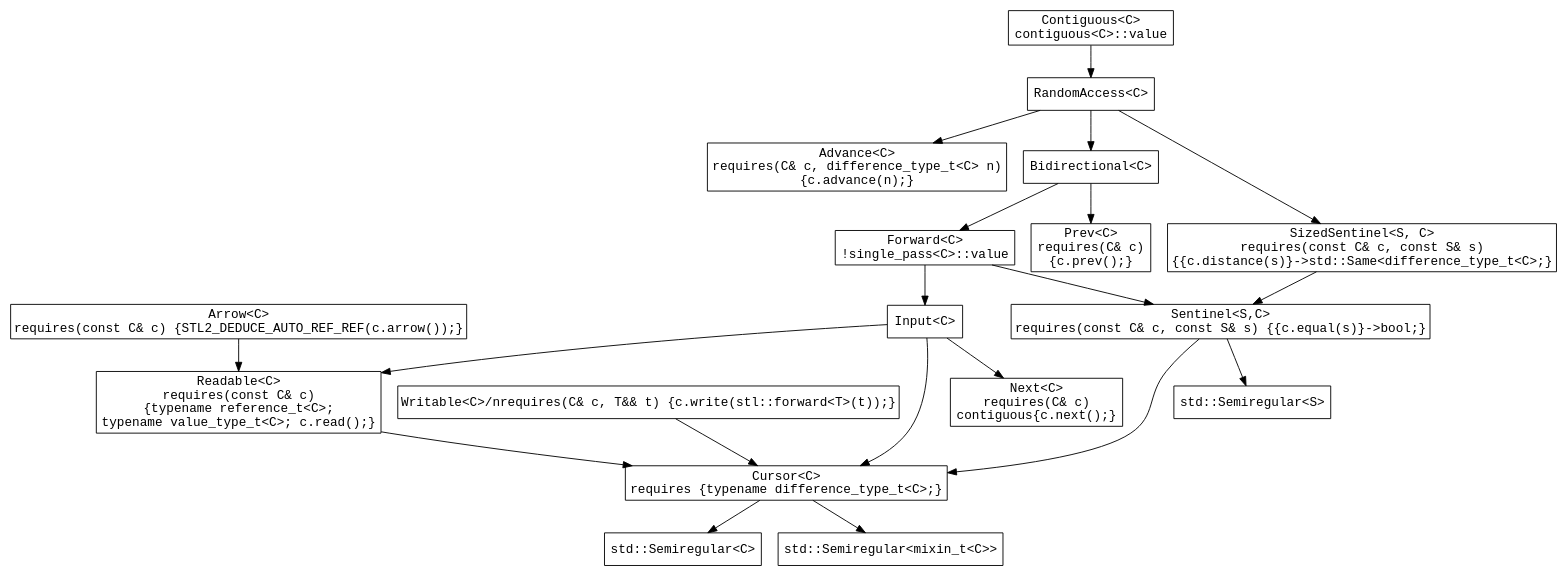
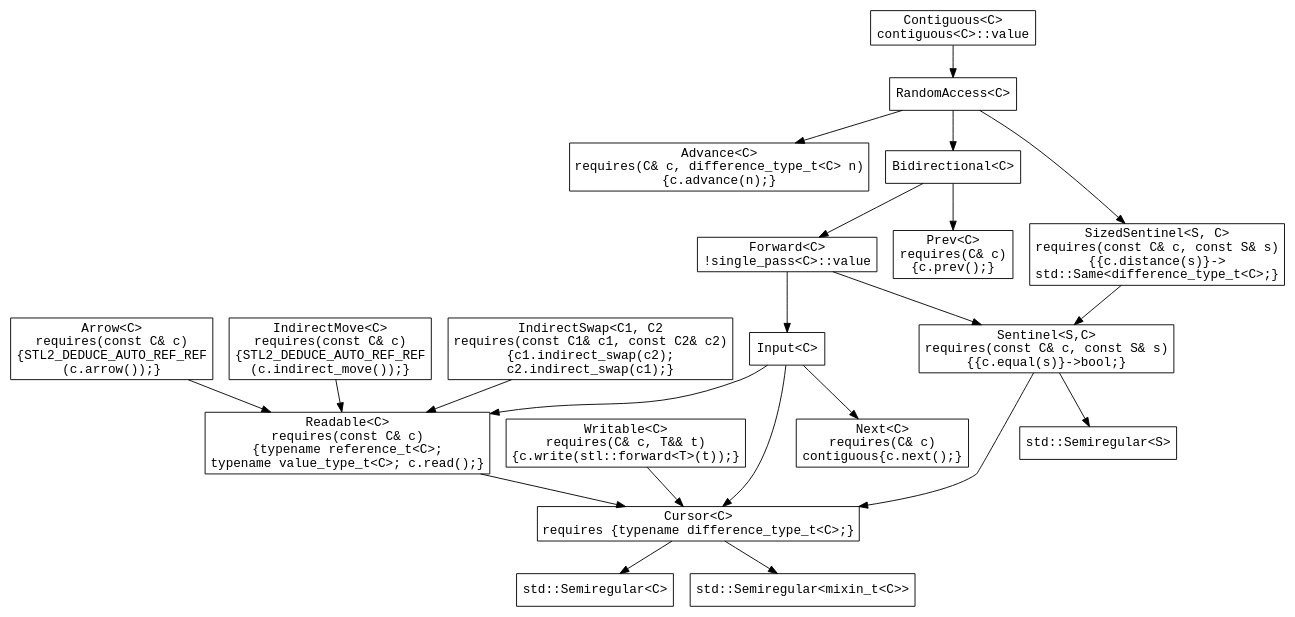
The diagram in cursor-concepts.dot (Beman/iterator-facade-proposal), drawn with Graphviz before and after one commit. The commit also changed 3 other files, not shown here.

```diff
--- a/cursor-concepts.dot
+++ b/cursor-concepts.dot
@@ -1,59 +1,65 @@
 digraph iterator_concepts
 {
   graph [fontname = "courier"];
   node [fontname = "courier"];
   edge [fontname = "courier"];
 
   // Nodes
   
   advance [label="Advance<C>\nrequires(C& c, difference_type_t<C> n)\n{c.advance(n);}" shape=box]
-  arrow [label="Arrow<C>\nrequires(const C& c) {STL2_DEDUCE_AUTO_REF_REF(c.arrow());}" shape=box]
+  arrow [label="Arrow<C>\nrequires(const C& c)\n{STL2_DEDUCE_AUTO_REF_REF\n(c.arrow());}" shape=box]
   contiguous [label="Contiguous<C>\ncontiguous<C>::value" shape=box]
   cursor [label="Cursor<C>\nrequires {typename difference_type_t<C>;}" shape=box]
   bidirectional [label="Bidirectional<C>" shape=box]
   forward [label="Forward<C>\n!single_pass<C>::value" shape=box]
+  indirectmove [label="IndirectMove<C>\nrequires(const C& c)\n{STL2_DEDUCE_AUTO_REF_REF\n(c.indirect_move());}" shape=box]
+  indirectswap [label="IndirectSwap<C1, C2\nrequires(const C1& c1, const C2& c2)\n{c1.indirect_swap(c2);\nc2.indirect_swap(c1);}" shape=box]
   input [label="Input<C>" shape=box]
   next [label="Next<C>\nrequires(C& c)\ncontiguous{c.next();}" shape=box]
   prev [label="Prev<C>\nrequires(C& c)\n{c.prev();}" shape=box]
   randomaccess [label="RandomAccess<C>" shape=box]
   readable [label="Readable<C>\nrequires(const C& c)\n{typename reference_t<C>;\ntypename value_type_t<C>; c.read();}" shape=box]
   semiregular [label="std::Semiregular<C>" shape=box]
   semiregular_mx [label="std::Semiregular<mixin_t<C>>" shape=box]
   semiregular_s [label="std::Semiregular<S>" shape=box]
-  sentinel [label="Sentinel<S,C>\nrequires(const C& c, const S& s) {{c.equal(s)}->bool;}" shape=box]
-  sizedsentinel [label="SizedSentinel<S, C>\nrequires(const C& c, const S& s)\n{{c.distance(s)}->std::Same<difference_type_t<C>;}" shape=box]
-  writable [label="Writable<C>/nrequires(C& c, T&& t) {c.write(stl::forward<T>(t));}" shape=box]
+  sentinel [label="Sentinel<S,C>\nrequires(const C& c, const S& s)\n{{c.equal(s)}->bool;}" shape=box]
+  sizedsentinel [label="SizedSentinel<S, C>\nrequires(const C& c, const S& s)\n{{c.distance(s)}->\nstd::Same<difference_type_t<C>;}" shape=box]
+  writable [label="Writable<C>\nrequires(C& c, T&& t)\n{c.write(stl::forward<T>(t));}" shape=box]
    
   // Edges
   
   cursor -> semiregular;
   cursor -> semiregular_mx;
 
   readable -> cursor;
 
   writable -> cursor;
 
   arrow -> readable;
 
   sentinel -> cursor;
   sentinel -> semiregular_s;
   
   sizedsentinel -> sentinel;
   
   input -> cursor;
   input -> readable;
   input -> next;
   
   forward -> input;
   forward -> sentinel;
   
   bidirectional -> forward;
   bidirectional -> prev;
   
   randomaccess -> bidirectional;
   randomaccess -> advance;
   randomaccess -> sizedsentinel;
   
   contiguous -> randomaccess;
 
+  indirectmove -> readable;
+
+  indirectswap -> readable;
+
 }
```
